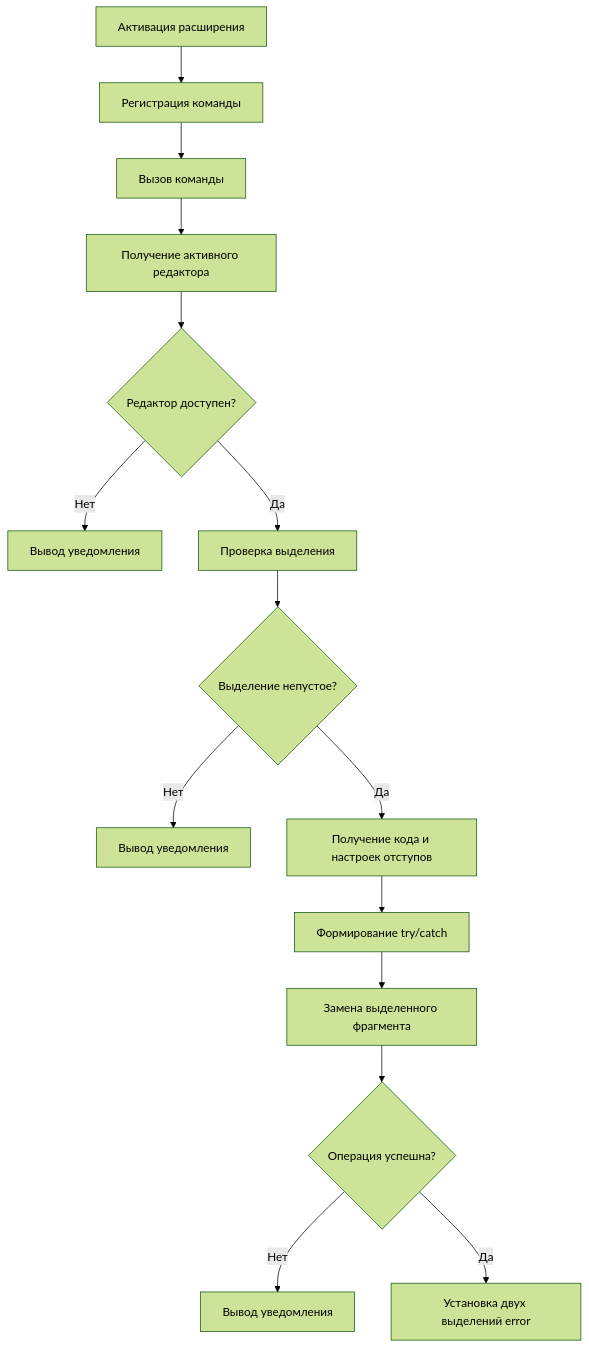
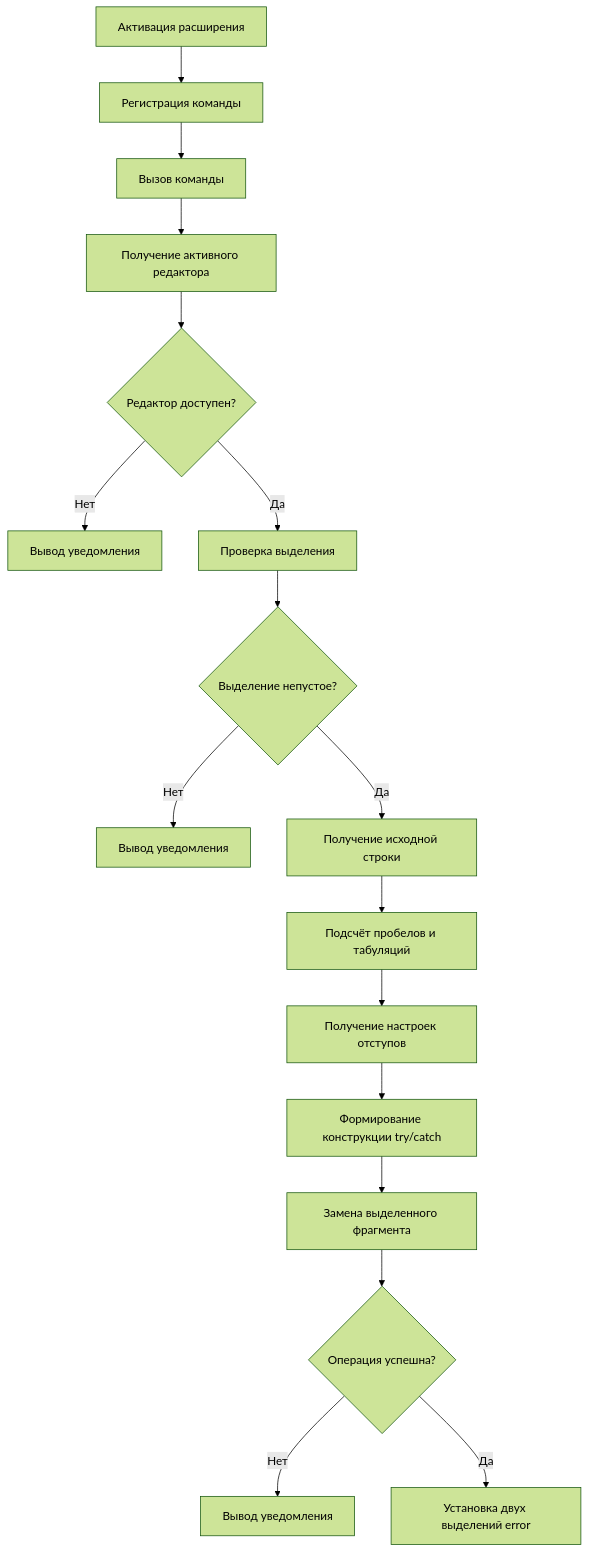
One commit to MrFome14/SoftwareBasics_03 changed the diagram in docs/functions.md. Above: the diagram before and after it, drawn with Mermaid (forest theme). The commit also changed other lines of this file, not shown here.

````diff
--- a/docs/functions.md
+++ b/docs/functions.md
@@ -35,17 +39,19 @@
 ```mermaid
 flowchart TD
     A[Активация расширения] --> B[Регистрация команды]
     B --> C[Вызов команды]
     C --> D[Получение активного редактора]
     D --> E{Редактор доступен?}
     E -- Нет --> F[Вывод уведомления]
     E -- Да --> G[Проверка выделения]
     G --> H{Выделение непустое?}
     H -- Нет --> I[Вывод уведомления]
-    H -- Да --> J[Получение кода и настроек отступов]
-    J --> K[Формирование try/catch]
-    K --> L[Замена выделенного фрагмента]
-    L --> M{Операция успешна?}
-    M -- Нет --> N[Вывод уведомления]
-    M -- Да --> O[Установка двух выделений error]
+    H -- Да --> J[Получение исходной строки]
+    J --> K[Подсчёт пробелов и табуляций]
+    K --> L[Получение настроек отступов]
+    L --> M[Формирование конструкции try/catch]
+    M --> N[Замена выделенного фрагмента]
+    N --> O{Операция успешна?}
+    O -- Нет --> P[Вывод уведомления]
+    O -- Да --> Q[Установка двух выделений error]
 ```
````
